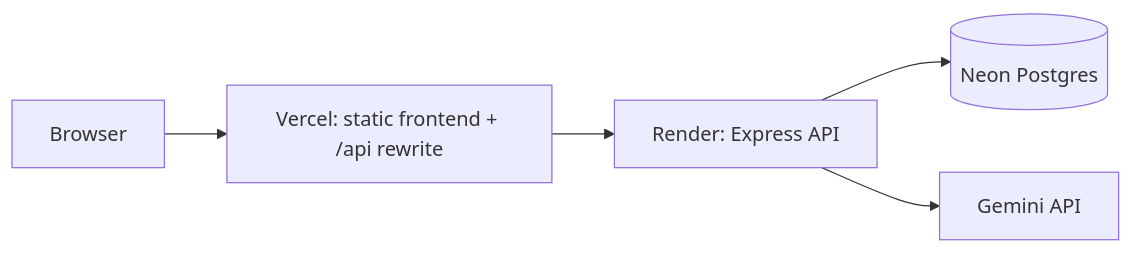
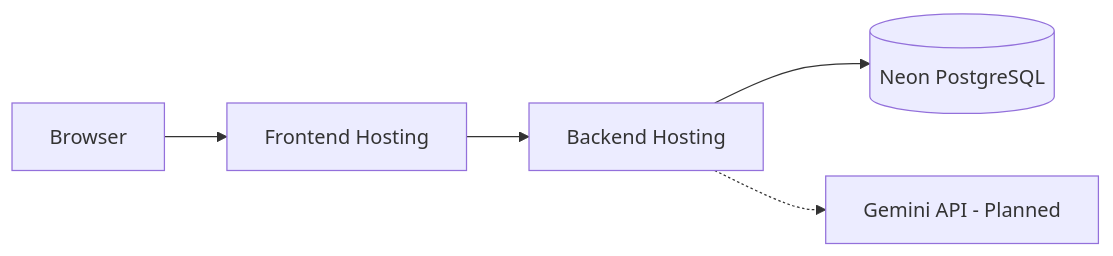
Before and after one commit to JayantKumar12209/Prompt-Vault: the fifth of 5 diagrams in docs/SYSTEM_ARCHITECTURE.md, drawn with Mermaid. The commit also changed other lines of this file and 10 other files, not shown here.

````diff
--- a/docs/SYSTEM_ARCHITECTURE.md
+++ b/docs/SYSTEM_ARCHITECTURE.md
@@ -153,7 +393,13 @@
 ```mermaid
 flowchart LR
-  B["Browser"] --> V["Vercel: static frontend + /api rewrite"]
-  V --> R["Render: Express API"]
-  R --> N[("Neon Postgres")]
-  R --> G["Gemini API"]
+    B["Browser"]
+    FE["Frontend Hosting"]
+    API["Backend Hosting"]
+    DB[("Neon PostgreSQL")]
+    AI["Gemini API - Planned"]
+
+    B --> FE
+    FE --> API
+    API --> DB
+    API -.-> AI
 ```
````
